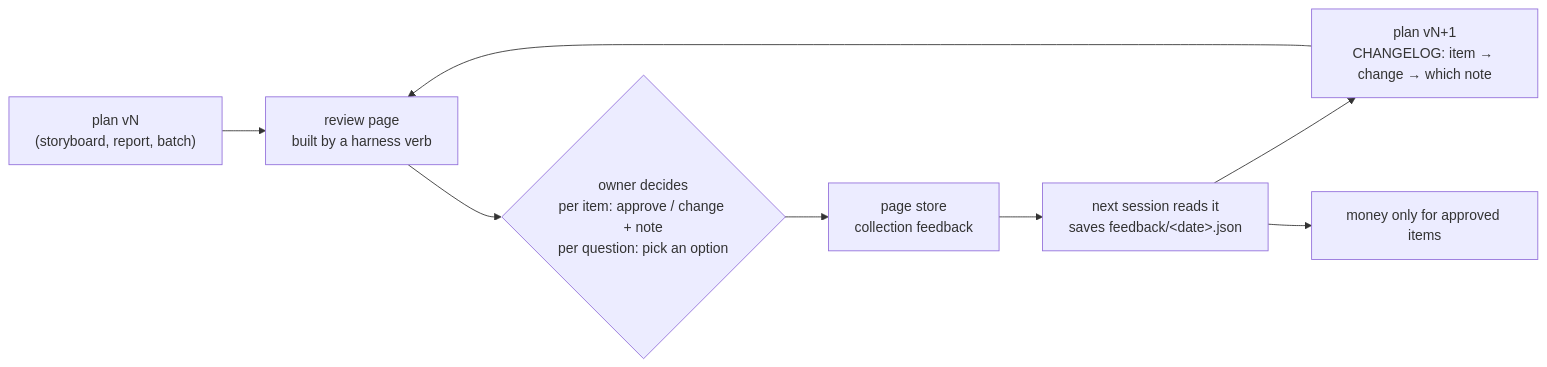
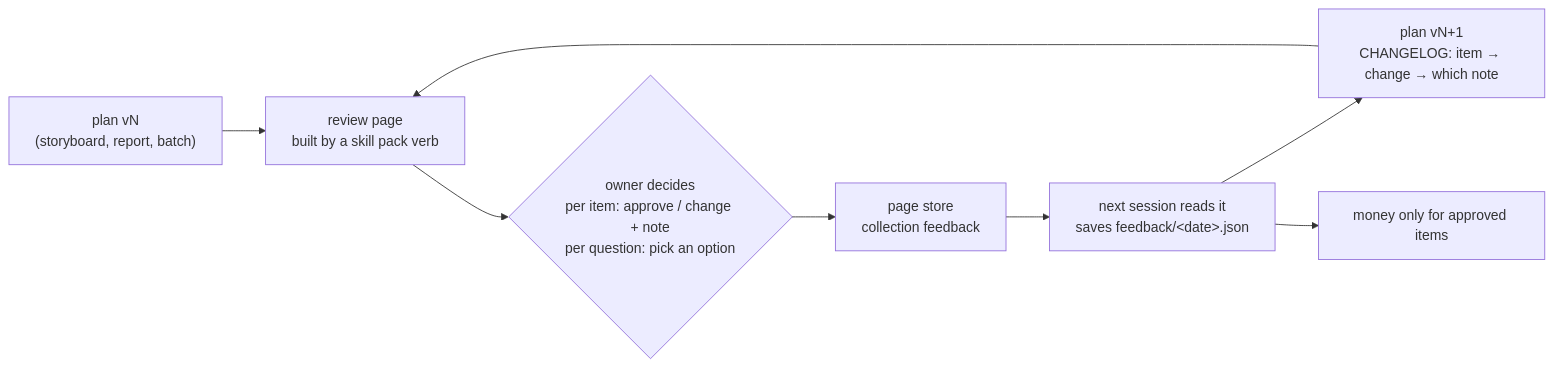
Before and after one commit to thaddeus-builds/skill-pack-playbook: the diagram in templates/owner-review-loop.md, drawn with Mermaid. The commit also changed other lines of this file and 303 other files, not shown here.

First line of the commit message:
Rename the noun harness to skill pack across the playbook

````diff
--- a/templates/owner-review-loop.md
+++ b/templates/owner-review-loop.md
@@ -9,10 +9,10 @@
 ```mermaid
 flowchart LR
-    V["plan vN<br/>(storyboard, report, batch)"] --> P["review page<br/>built by a harness verb"]
+    V["plan vN<br/>(storyboard, report, batch)"] --> P["review page<br/>built by a skill pack verb"]
     P --> O{"owner decides<br/>per item: approve / change + note<br/>per question: pick an option"}
     O --> S["page store<br/>collection feedback"]
     S --> N["next session reads it<br/>saves feedback/&lt;date&gt;.json"]
     N --> C["plan vN+1<br/>CHANGELOG: item → change → which note"]
     C --> P
     N --> M["money only for approved items"]
 ```
````
